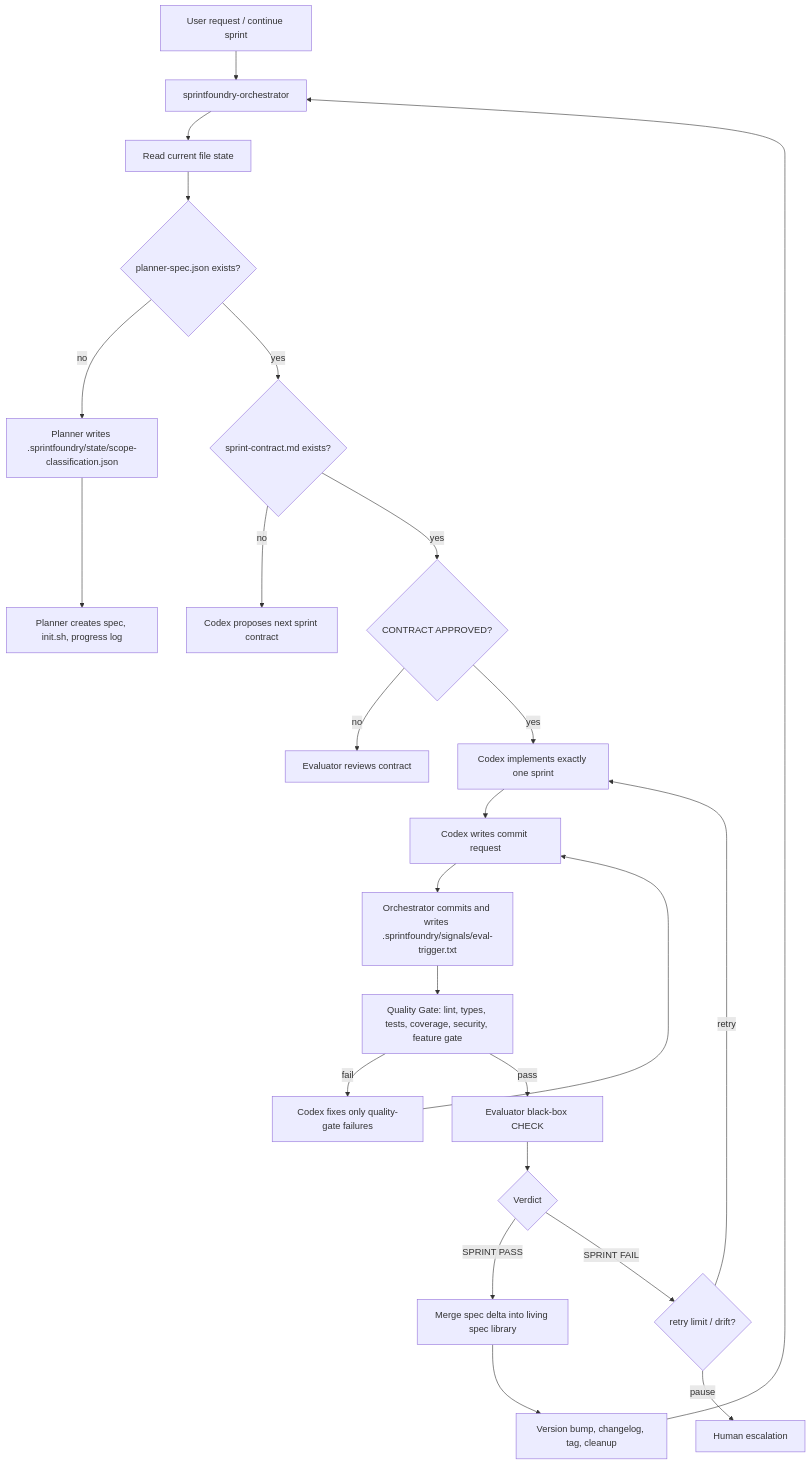
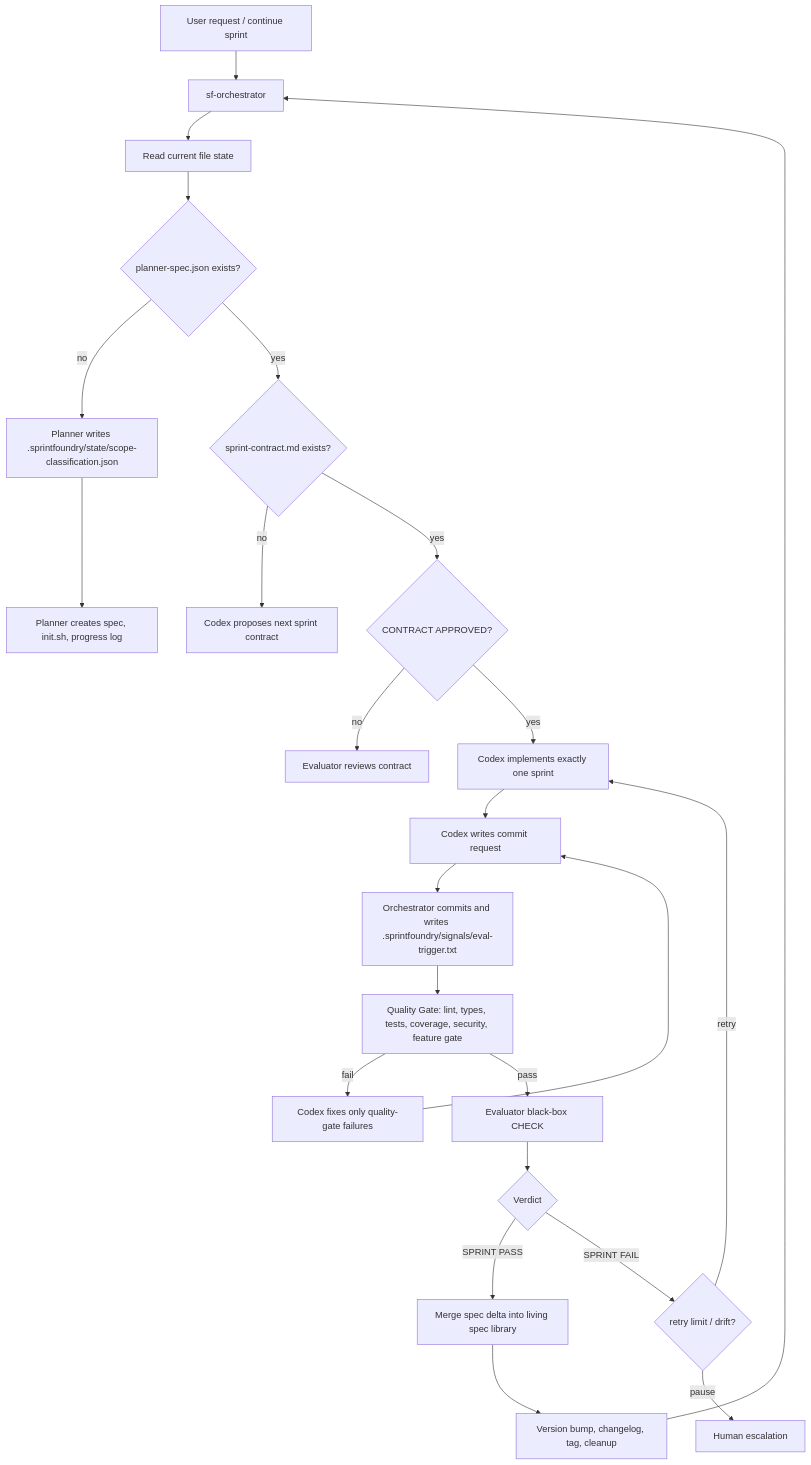
One commit to YuSec2021/SprintFoundry changed the diagram in README.md. Above: the diagram before and after it, drawn with Mermaid. The commit also changed other lines of this file and 28 other files, not shown here.

````diff
--- a/README.md
+++ b/README.md
@@ -81,26 +81,26 @@
 ```mermaid
 flowchart TD
-    A["User request / continue sprint"] --> O["sprintfoundry-orchestrator"]
+    A["User request / continue sprint"] --> O["sf-orchestrator"]
     O --> S["Read current file state"]
     S --> P{"planner-spec.json exists?"}
     P -- no --> SC["Planner writes .sprintfoundry/state/scope-classification.json"]
     SC --> PL["Planner creates spec, init.sh, progress log"]
     P -- yes --> C{"sprint-contract.md exists?"}
     C -- no --> NC["Codex proposes next sprint contract"]
     C -- yes --> A1{"CONTRACT APPROVED?"}
     A1 -- no --> CR["Evaluator reviews contract"]
     A1 -- yes --> G["Codex implements exactly one sprint"]
     G --> RQ["Codex writes commit request"]
     RQ --> T["Orchestrator commits and writes .sprintfoundry/signals/eval-trigger.txt"]
     T --> Q["Quality Gate: lint, types, tests, coverage, security, feature gate"]
     Q -- fail --> QF["Codex fixes only quality-gate failures"]
     QF --> RQ
     Q -- pass --> E["Evaluator black-box CHECK"]
     E --> R{"Verdict"}
     R -- "SPRINT PASS" --> M["Merge spec delta into living spec library"]
     M --> V["Version bump, changelog, tag, cleanup"]
     R -- "SPRINT FAIL" --> F{"retry limit / drift?"}
     F -- retry --> G
     F -- pause --> H["Human escalation"]
     V --> O
 ```
````
